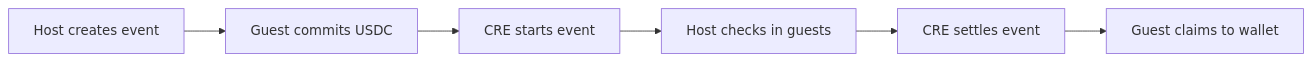
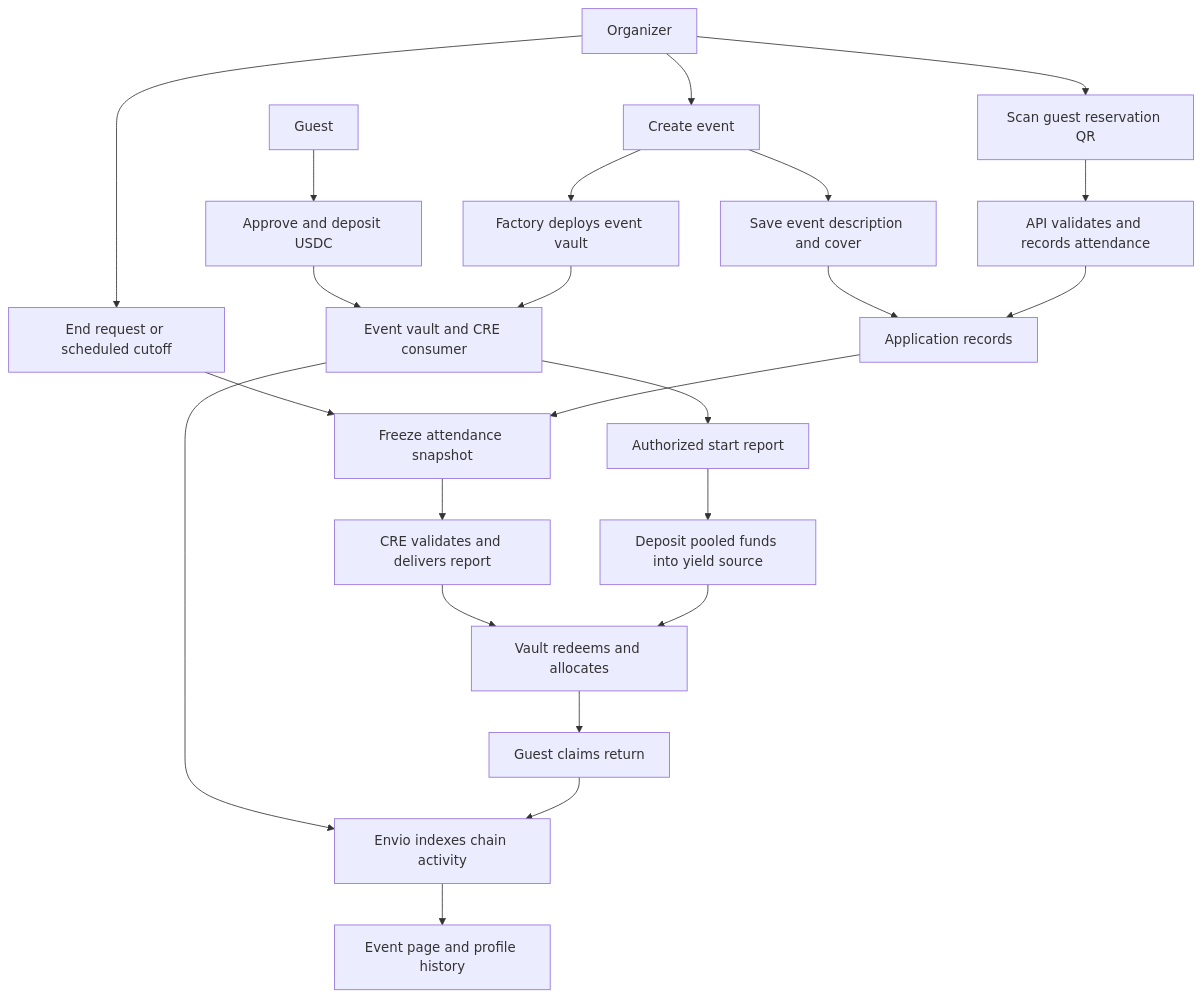
Before and after one commit to EndPx/commitpass: the first of 2 diagrams in docs/gitbook/introduction/how-it-works.md, drawn with Mermaid. The commit also changed other lines of this file and 26 other files, not shown here.

Commit message:
Expand GitBook overview hierarchy with Mermaid and Excalidraw diagrams

````diff
--- a/docs/gitbook/introduction/how-it-works.md
+++ b/docs/gitbook/introduction/how-it-works.md
@@ -9,8 +19,25 @@
 ```mermaid
-flowchart LR
-    Create[Host creates event] --> Commit[Guest commits USDC]
-    Commit --> Start[CRE starts event]
-    Start --> CheckIn[Host checks in guests]
-    CheckIn --> Settle[CRE settles event]
-    Settle --> Claim[Guest claims to wallet]
+flowchart TB
+    Host[Organizer] --> Create[Create event]
+    Create --> Factory[Factory deploys event vault]
+    Create --> Metadata[Save event description and cover]
+    Metadata --> AppDB[Application records]
+    Guest[Guest] --> Reserve[Approve and deposit USDC]
+    Reserve --> Vault[Event vault and CRE consumer]
+    Factory --> Vault
+    Vault --> Start[Authorized start report]
+    Start --> Yield[Deposit pooled funds into yield source]
+    Host --> Scan[Scan guest reservation QR]
+    Scan --> Check[API validates and records attendance]
+    Check --> AppDB
+    Host --> End[End request or scheduled cutoff]
+    End --> Snapshot[Freeze attendance snapshot]
+    AppDB --> Snapshot
+    Snapshot --> CRE[CRE validates and delivers report]
+    CRE --> Settle[Vault redeems and allocates]
+    Yield --> Settle
+    Settle --> Claim[Guest claims return]
+    Vault --> Envio[Envio indexes chain activity]
+    Claim --> Envio
+    Envio --> UI[Event page and profile history]
 ```
````
